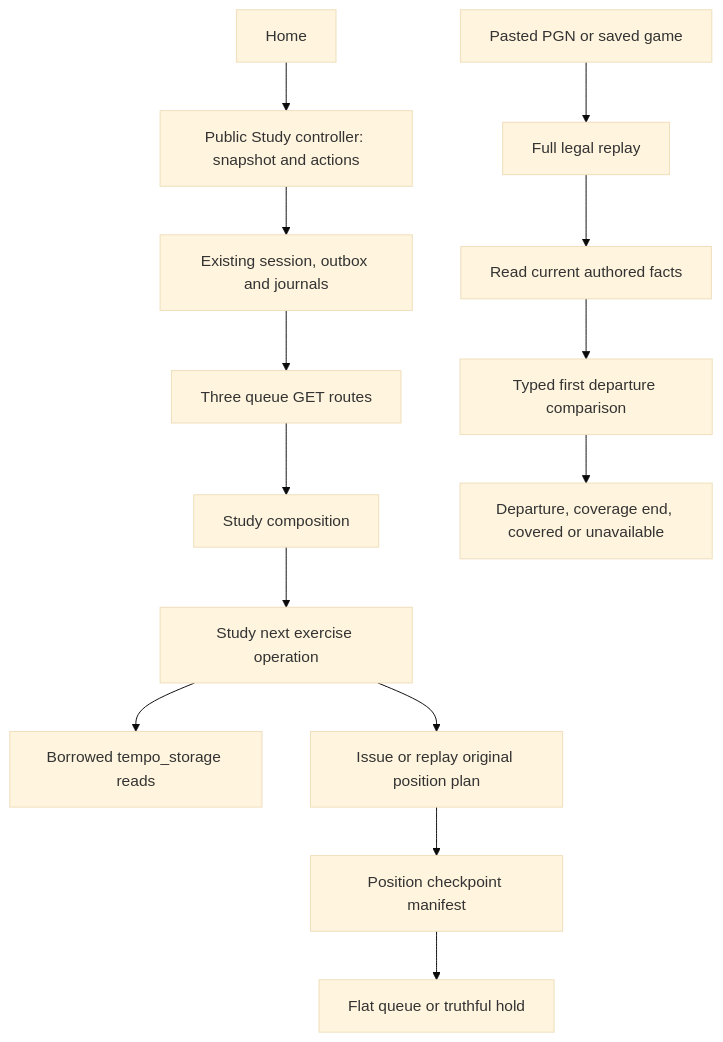
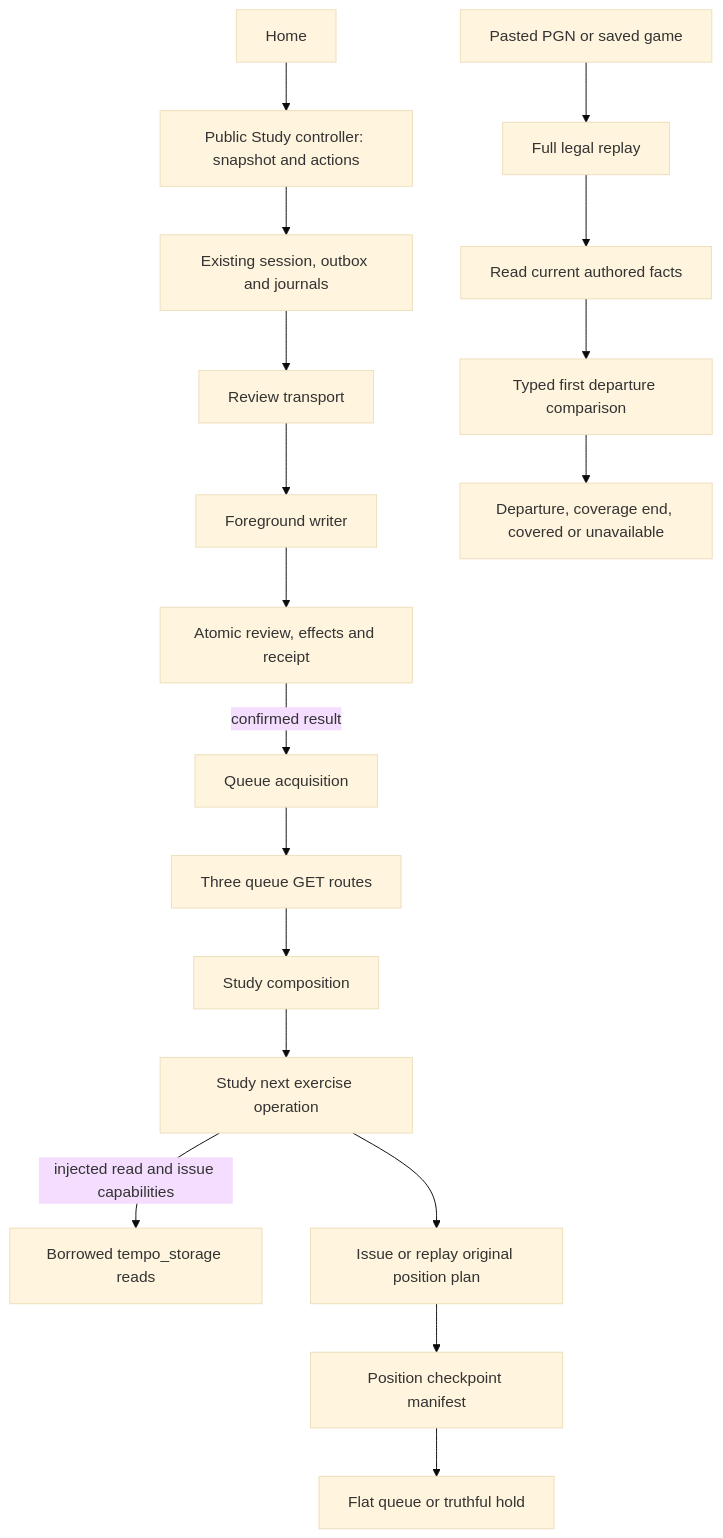
One commit to aaweaver-actuary/tempo changed the diagram in docs/architecture/diagrams/study-games.md. Above: the diagram before and after it, drawn with Mermaid (base theme). The commit also changed 1 other file, not shown here.

Commit message:
Clarify borrowed reads and review flow

````diff
--- a/docs/architecture/diagrams/study-games.md
+++ b/docs/architecture/diagrams/study-games.md
@@ -5,16 +5,20 @@
 ```mermaid
 flowchart TD
   Home[Home] --> Controller[Public Study controller: snapshot and actions]
   Controller --> Session[Existing session, outbox and journals]
-  Session --> Routes[Three queue GET routes]
+  Session --> Transport[Review transport]
+  Transport --> Writer[Foreground writer]
+  Writer --> Receipt[Atomic review, effects and receipt]
+  Receipt -->|confirmed result| Acquire[Queue acquisition]
+  Acquire --> Routes[Three queue GET routes]
   Routes --> Compose[Study composition]
   Compose --> Next[Study next exercise operation]
-  Next --> Reads[Borrowed tempo_storage reads]
+  Next -->|injected read and issue capabilities| Reads[Borrowed tempo_storage reads]
   Next --> Issue[Issue or replay original position plan]
   Issue --> Manifest[Position checkpoint manifest]
   Manifest --> Queue[Flat queue or truthful hold]
   PGN[Pasted PGN or saved game] --> Replay[Full legal replay]
   Replay --> Facts[Read current authored facts]
   Facts --> Compare[Typed first departure comparison]
   Compare --> Result[Departure, coverage end, covered or unavailable]
 ```
````
